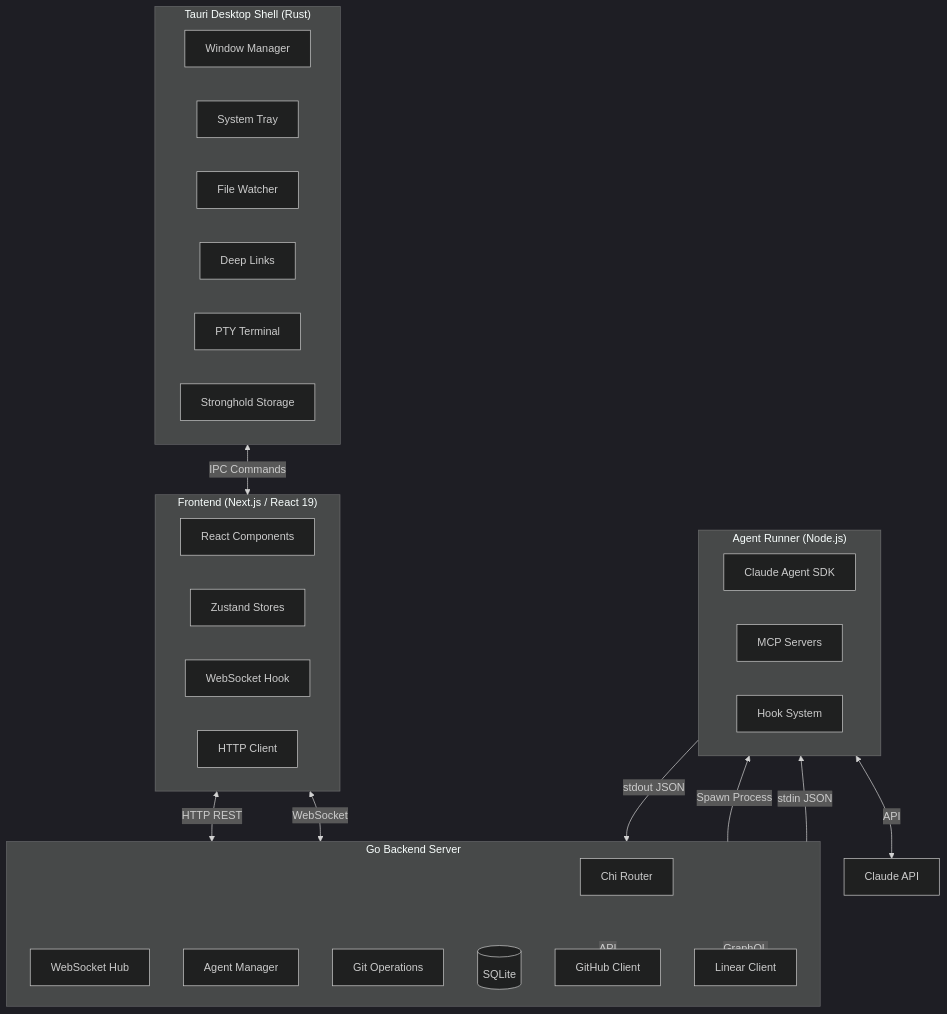
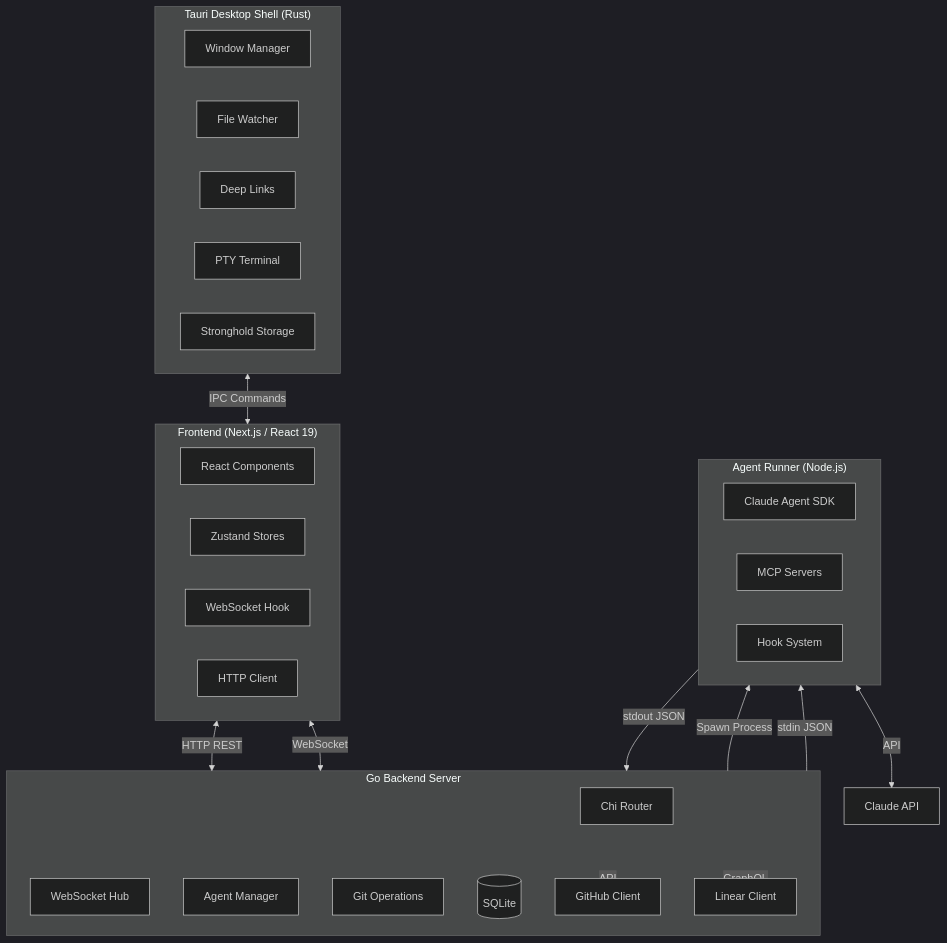
The first of 2 diagrams in docs/overview.md (chatml/chatml), drawn with Mermaid (dark theme) before and after one commit. The commit also changed other lines of this file and 14 other files, not shown here.

First line of the commit message:
Remove macOS system tray icon and minimize-to-tray feature

````diff
--- a/docs/overview.md
+++ b/docs/overview.md
@@ -50,44 +50,43 @@
 ```mermaid
 graph TB
     subgraph Desktop["Tauri Desktop Shell (Rust)"]
         TW[Window Manager]
-        TS[System Tray]
         TF[File Watcher]
         TD[Deep Links]
         TP[PTY Terminal]
         TSS[Stronghold Storage]
     end
 
     subgraph Frontend["Frontend (Next.js / React 19)"]
         UI[React Components]
         ZS[Zustand Stores]
         WS[WebSocket Hook]
         API[HTTP Client]
     end
 
     subgraph Backend["Go Backend Server"]
         RT[Chi Router]
         WH[WebSocket Hub]
         AM[Agent Manager]
         GI[Git Operations]
         DB[(SQLite)]
         GH[GitHub Client]
         LI[Linear Client]
     end
 
     subgraph Agent["Agent Runner (Node.js)"]
         SDK[Claude Agent SDK]
         MCP[MCP Servers]
         HK[Hook System]
     end
 
     Desktop <-->|IPC Commands| Frontend
     Frontend <-->|HTTP REST| Backend
     Frontend <-->|WebSocket| Backend
     Backend -->|Spawn Process| Agent
     Agent -->|stdout JSON| Backend
     Backend -->|stdin JSON| Agent
     Agent <-->|API| Claude[Claude API]
     Backend <-->|API| GH
     Backend <-->|GraphQL| LI
 ```
````
